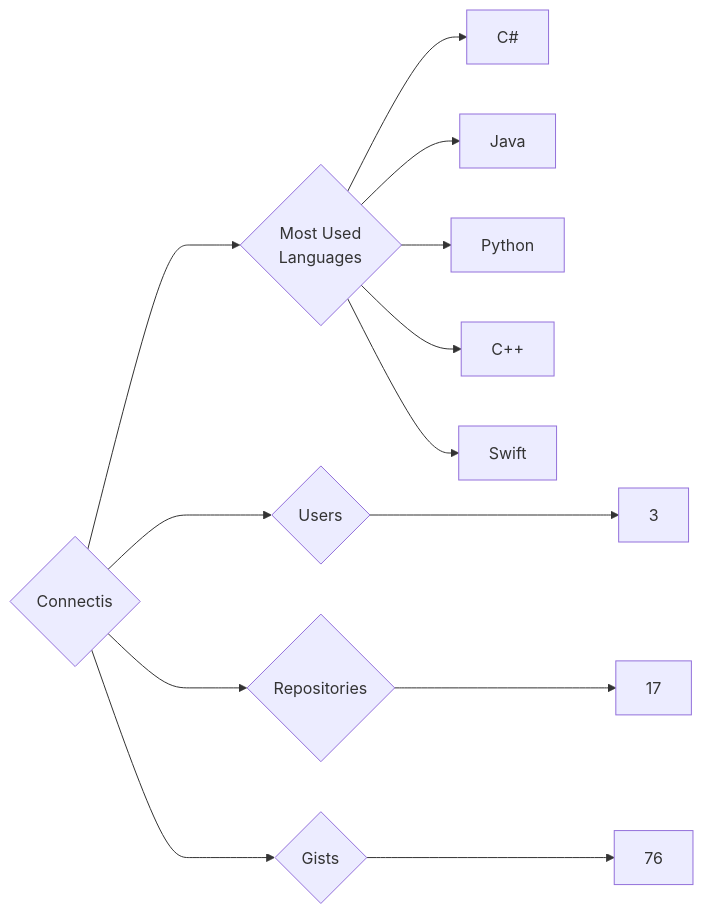
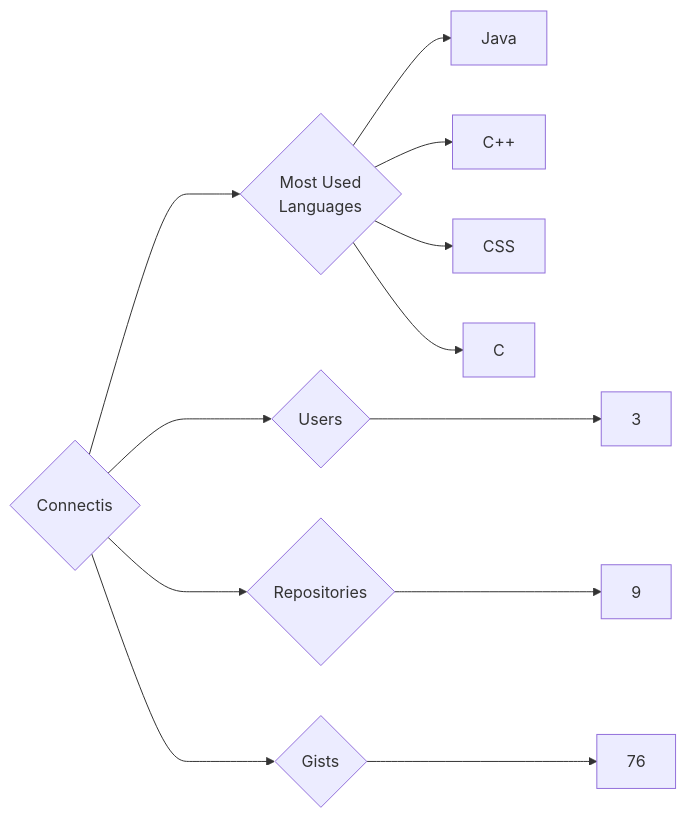
The diagram in targets/Connectis/README.md (trickest/insiders), drawn with Mermaid before and after one commit. The commit also changed 1166 other files, not shown here.

````diff
--- a/targets/Connectis/README.md
+++ b/targets/Connectis/README.md
@@ -3,13 +3,12 @@
 ```mermaid
 graph LR
 COMPANY_NAME{Connectis}
 COMPANY_NAME ---> U{Users} ---> UN[3]
-COMPANY_NAME ---> R{Repositories} ---> RN[17]
+COMPANY_NAME ---> R{Repositories} ---> RN[9]
 COMPANY_NAME ---> G{Gists} ---> GN[76]
 COMPANY_NAME ---> ML{Most Used<br>Languages}
-ML --> C#[C#]
 ML --> Java[Java]
-ML --> Python[Python]
 ML --> C++[C++]
-ML --> Swift[Swift]
+ML --> CSS[CSS]
+ML --> C[C]
 ```
````
